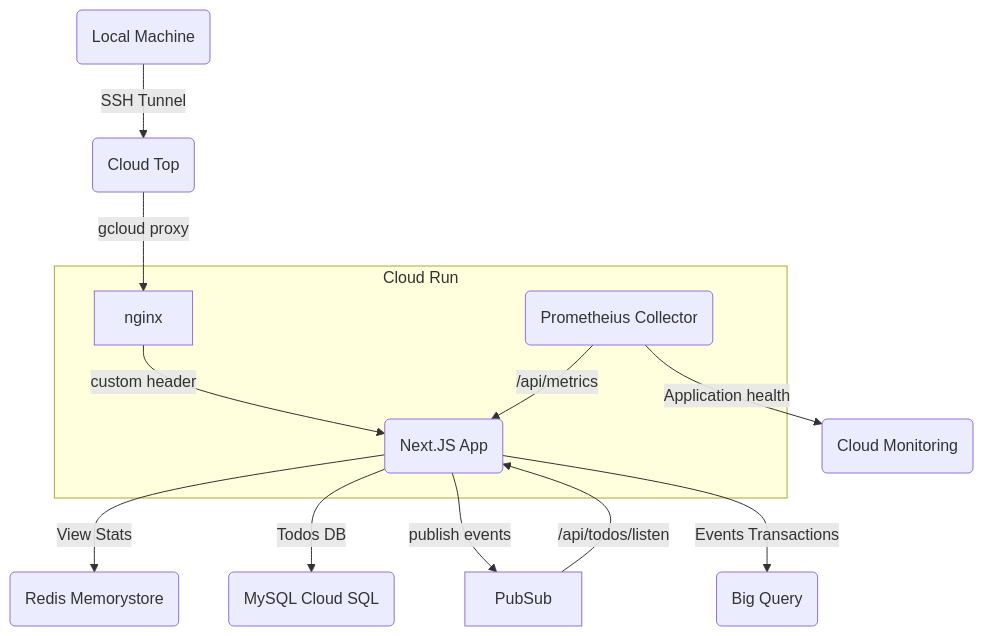
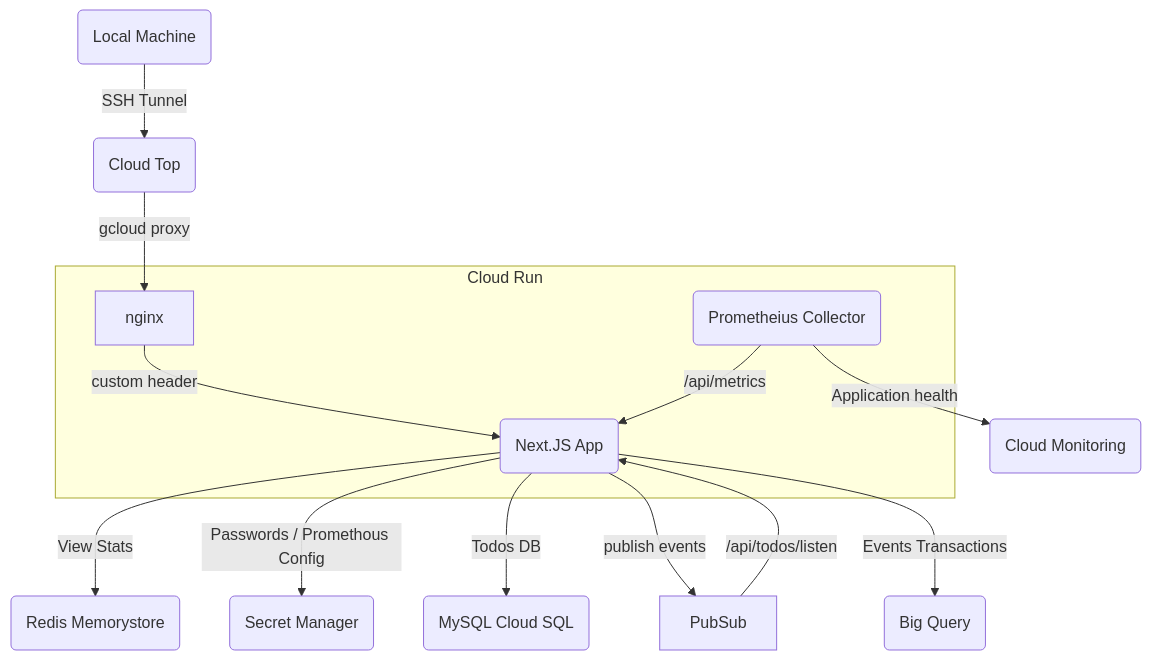
Before and after one commit to smsohan/immerse-next: the diagram in README.md, drawn with Mermaid. The commit also changed 1 other file, not shown here.

Commit message:
Updated the line to Secret Manager

````diff
--- a/README.md
+++ b/README.md
@@ -6,15 +6,16 @@
 ```mermaid
 flowchart TB
     Client(Local Machine) -- SSH Tunnel --> CT(Cloud Top)
     CT -- gcloud proxy --> nginx
     subgraph Cloud Run
     nginx -- custom header --> app
     prom(Prometheius Collector) -- /api/metrics --> app(Next.JS App)
     end
     app -- View Stats --> redis(Redis Memorystore)
+    app -- Passwords / Promethous Config --> SM(Secret Manager)
     app -- Todos DB --> SQL(MySQL Cloud SQL)
     PubSub -- /api/todos/listen --> app
     app -- publish events --> PubSub
     app -- Events Transactions --> bg(Big Query)
     prom -- Application health --> mon(Cloud Monitoring)
 ```
````
